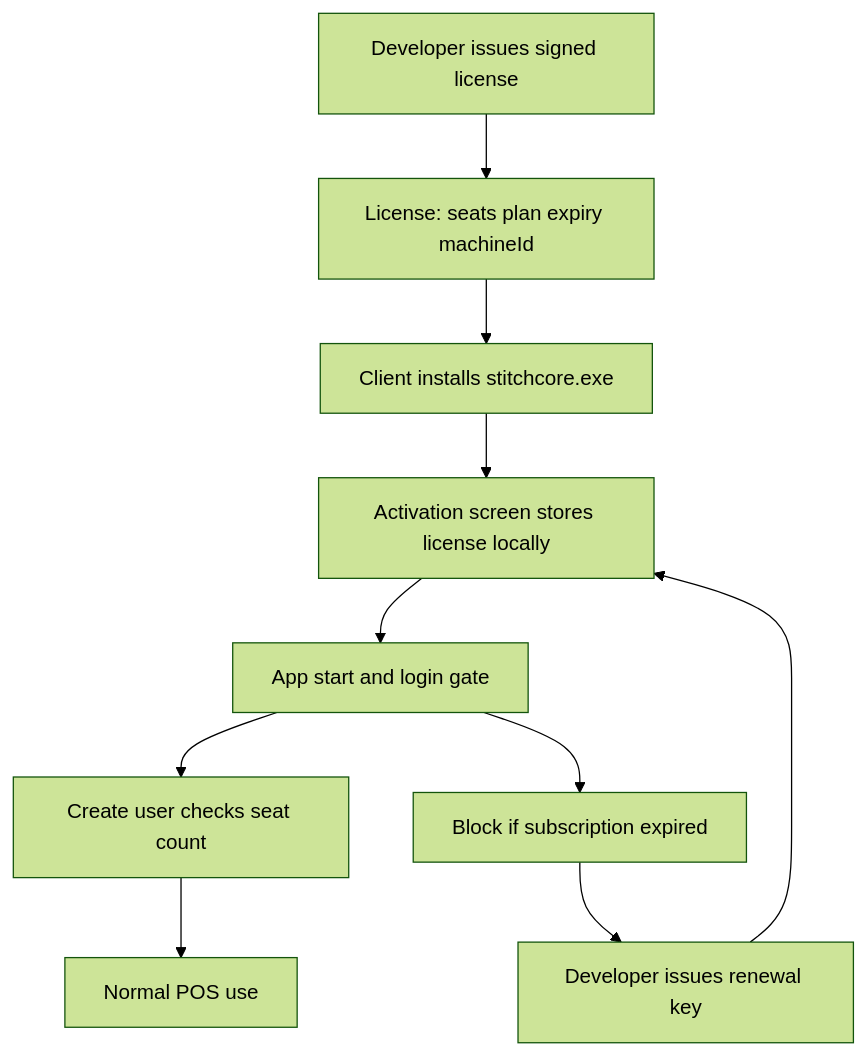
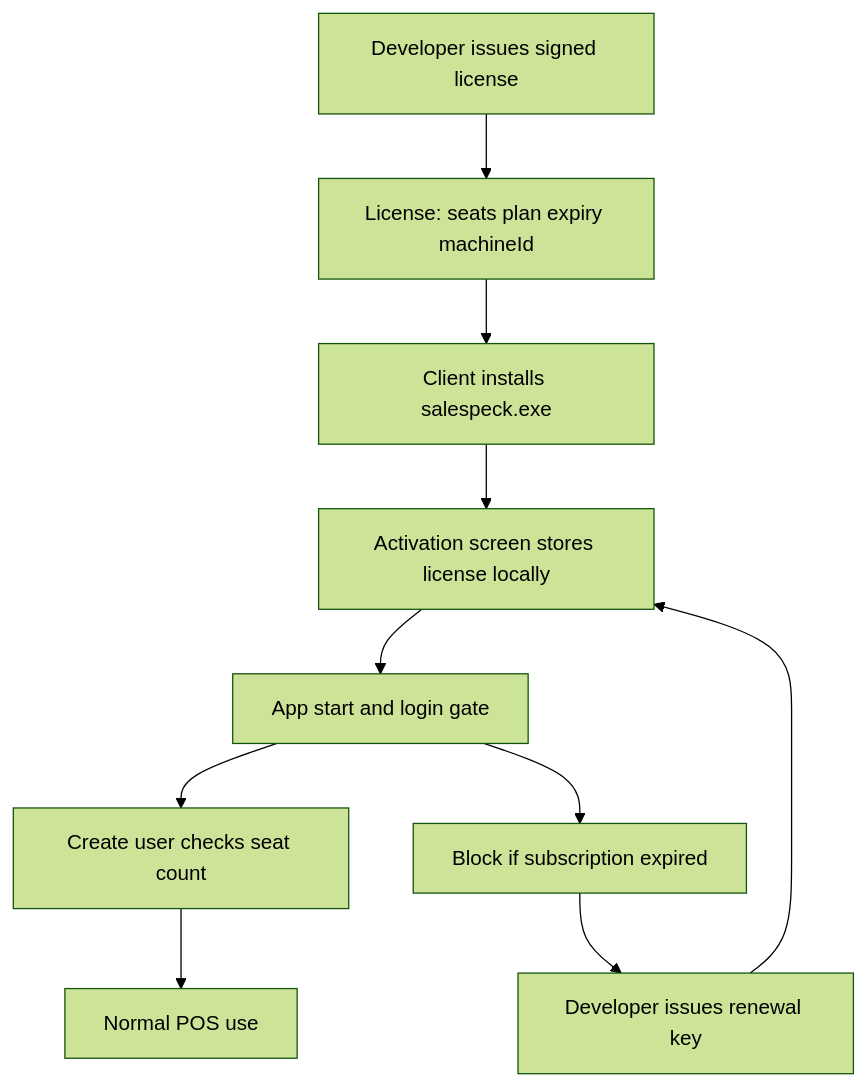
The diagram in z-docs/CLIENT_DEPLOYMENT_ROADMAP.md (corelogixdev/salespeck), drawn with Mermaid (forest theme) before and after one commit. The commit also changed other lines of this file and 63 other files, not shown here.

````diff
--- a/z-docs/CLIENT_DEPLOYMENT_ROADMAP.md
+++ b/z-docs/CLIENT_DEPLOYMENT_ROADMAP.md
@@ -39,12 +39,12 @@
 ```mermaid
 flowchart TD
   dev[Developer issues signed license] --> key[License: seats plan expiry machineId]
-  key --> client[Client installs stitchcore.exe]
+  key --> client[Client installs salespeck.exe]
   client --> activate[Activation screen stores license locally]
   activate --> gate[App start and login gate]
   gate --> seats[Create user checks seat count]
   gate --> expiry[Block if subscription expired]
   seats --> app[Normal POS use]
   expiry --> renew[Developer issues renewal key]
   renew --> activate
 ```
````
